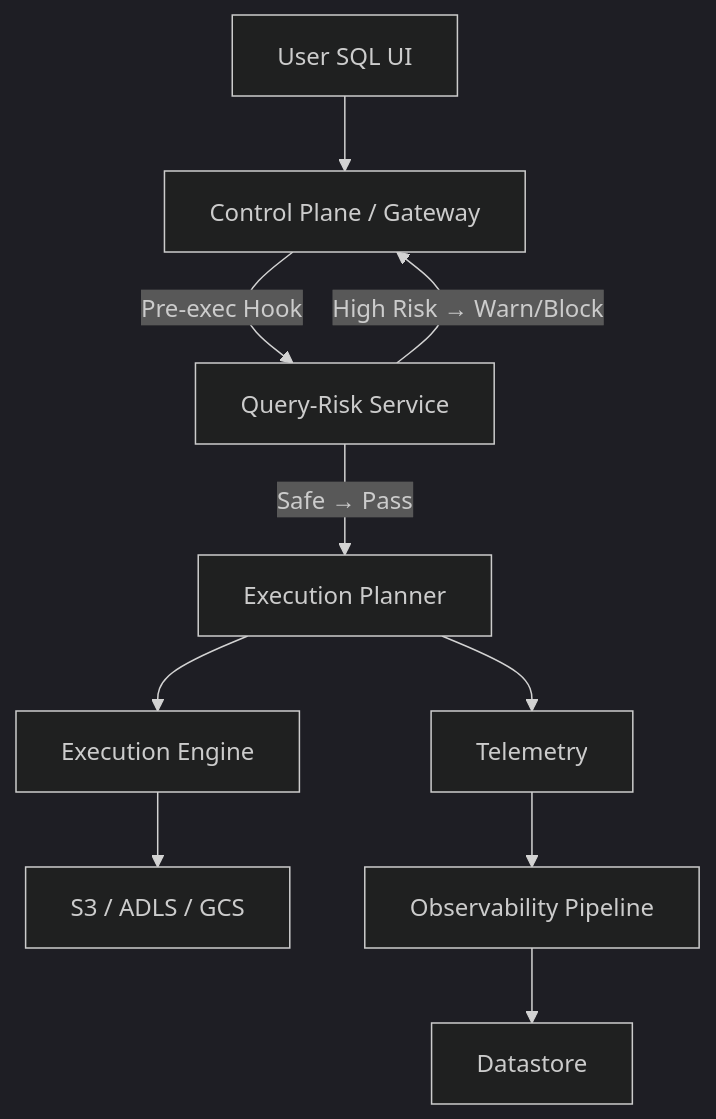
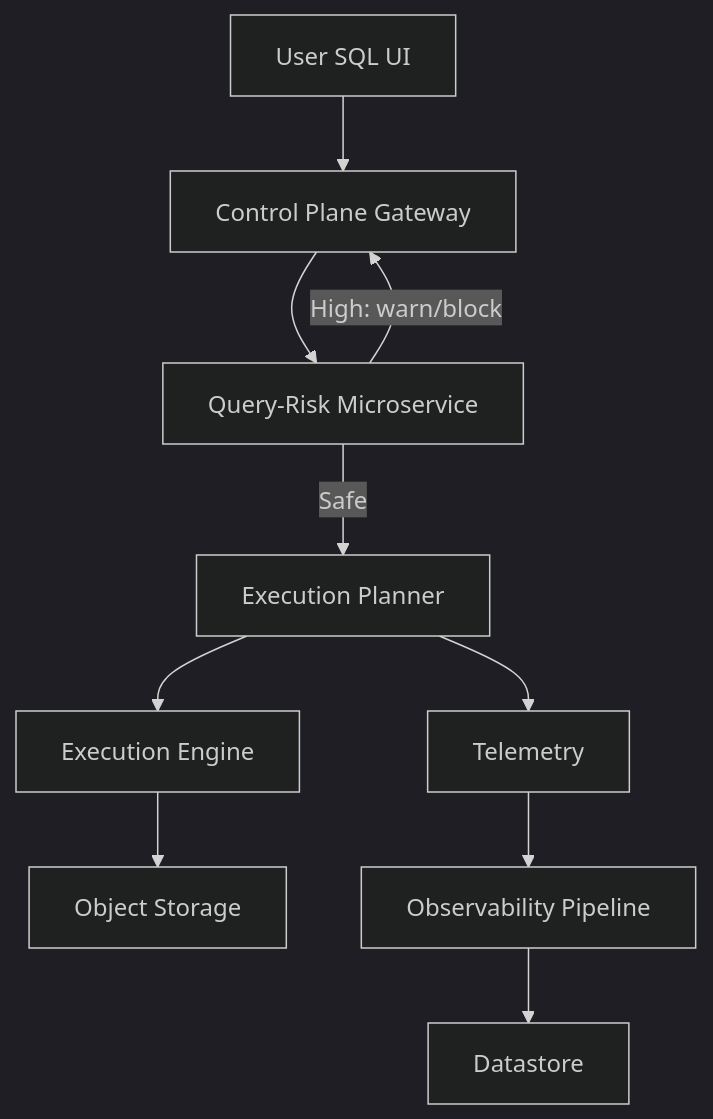
Before and after one commit to SIDDHARTH-PADIGAR/Query_Risk_PoC: the third of 3 diagrams in README.md, drawn with Mermaid. The commit also changed other lines of this file, not shown here.

````diff
--- a/README.md
+++ b/README.md
@@ -48,28 +87,27 @@
 ```mermaid
 %%{init: {'theme':'dark'}}%%
 graph TB
     User[User SQL UI]
-    Gateway[Control Plane / Gateway]
-    Risk[Query-Risk Service]
-    
+    Gateway[Control Plane Gateway]
+    Risk[Query-Risk Microservice]
+
     Planner[Execution Planner]
     Engine[Execution Engine]
-    Storage[S3 / ADLS / GCS]
-    
+    Storage[Object Storage]
+
     Telemetry[Telemetry]
     Obs[Observability Pipeline]
     Store[Datastore]
-    
+
     User --> Gateway
-    Gateway -->|Pre-exec Hook| Risk
-    
-    Risk -->|High Risk → Warn/Block| Gateway
-    Risk -->|Safe → Pass| Planner
-    
+    Gateway --> Risk
+    Risk -->|High: warn/block| Gateway
+    Risk -->|Safe| Planner
+
     Planner --> Engine
     Engine --> Storage
-    
+
     Planner --> Telemetry
     Telemetry --> Obs
     Obs --> Store
 ```
````
